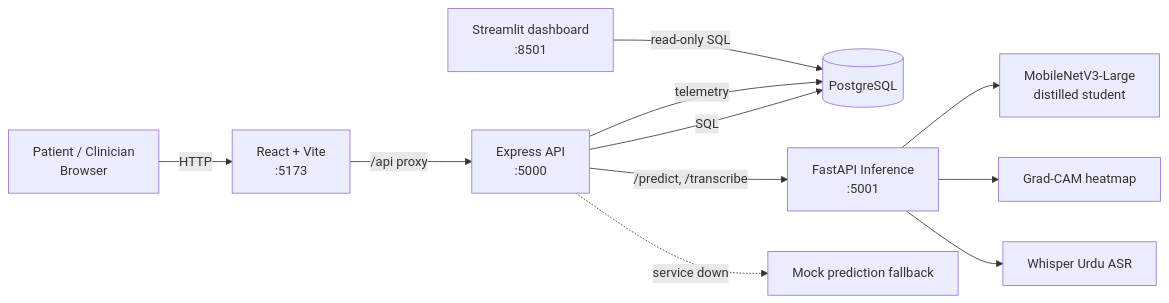
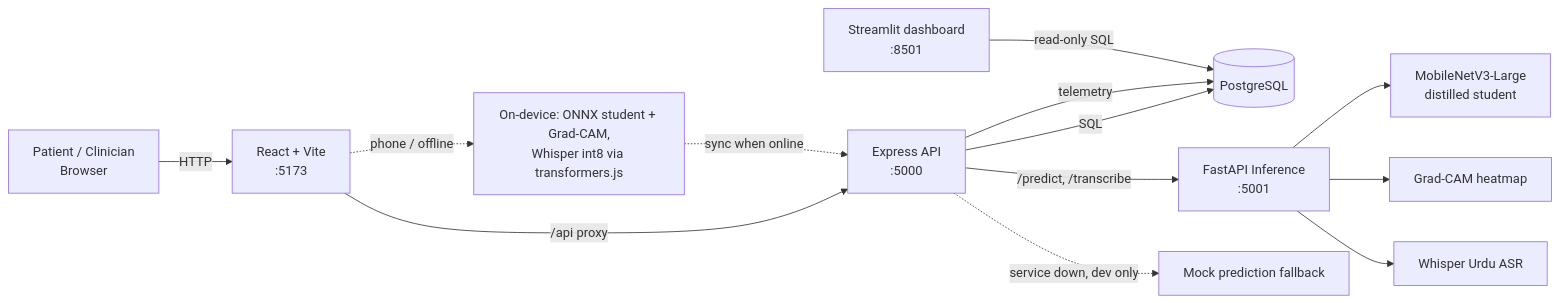
Before and after one commit to m-ayan-asif/AI-Optimization-for-Low-Resource-Devices: the first of 2 diagrams in README.md, drawn with Mermaid. The commit also changed other lines of this file and 2 other files, not shown here.

````diff
--- a/README.md
+++ b/README.md
@@ -12,13 +18,15 @@
 ```mermaid
 flowchart LR
     U[Patient / Clinician<br/>Browser] -->|HTTP| C[React + Vite<br/>:5173]
     C -->|/api proxy| S[Express API<br/>:5000]
     S -->|SQL| DB[(PostgreSQL)]
     S -->|/predict, /transcribe| I[FastAPI Inference<br/>:5001]
     I --> M[MobileNetV3-Large<br/>distilled student]
     I --> G[Grad-CAM heatmap]
     I --> W[Whisper Urdu ASR]
     S -->|telemetry| DB
     D[Streamlit dashboard<br/>:8501] -->|read-only SQL| DB
-    S -.->|service down| F[Mock prediction fallback]
+    S -.->|service down, dev only| F[Mock prediction fallback]
+    C -.->|phone / offline| O[On-device: ONNX student + Grad-CAM,<br/>Whisper int8 via transformers.js]
+    O -.->|sync when online| S
 ```
````
